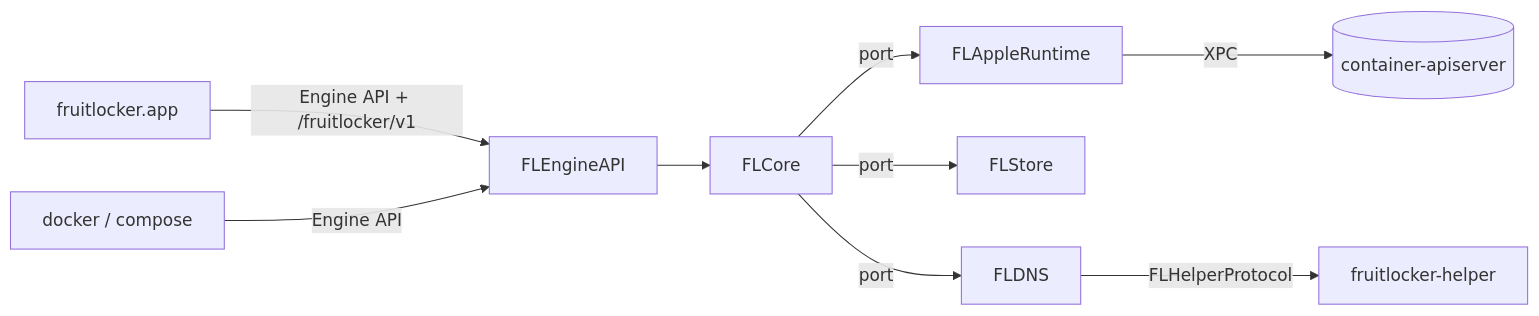
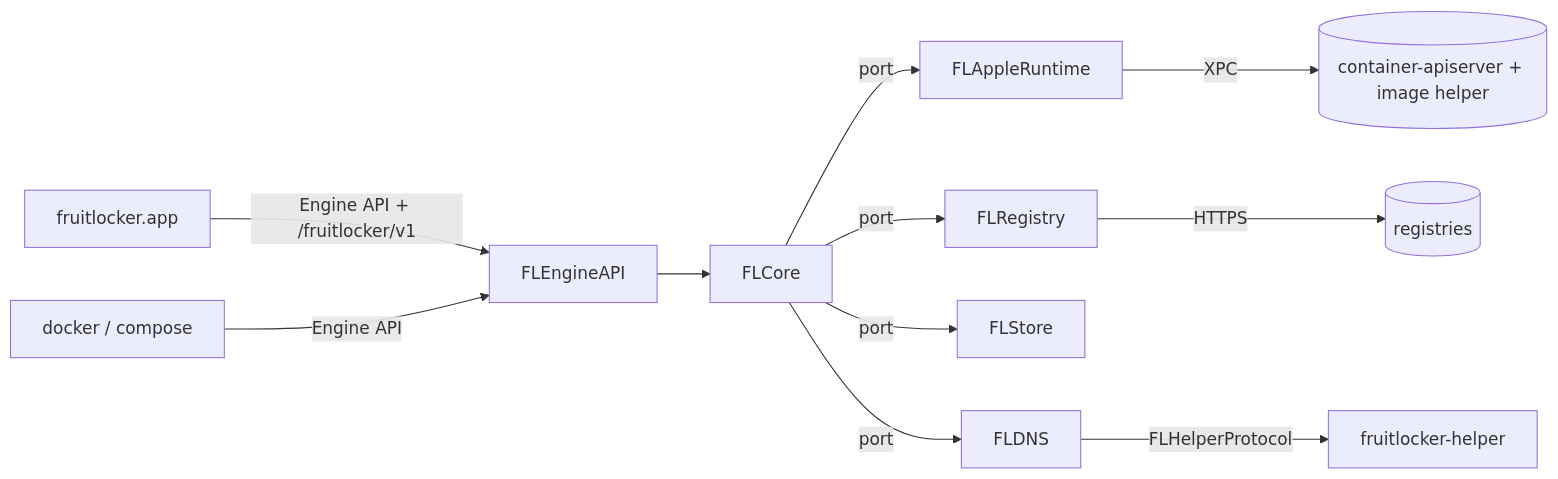
One commit to heyjawrsh/fruitlocker changed the first of 2 diagrams in _bmad-output/architecture-fruitlocker/architecture-fruitlocker.md. Above: the diagram before and after it, drawn with Mermaid. The commit also changed other lines of this file and 6 other files, not shown here.

````diff
--- a/_bmad-output/architecture-fruitlocker/architecture-fruitlocker.md
+++ b/_bmad-output/architecture-fruitlocker/architecture-fruitlocker.md
@@ -36,11 +37,13 @@
 ```mermaid
 flowchart LR
   App[fruitlocker.app] -->|Engine API + /fruitlocker/v1| API[FLEngineAPI]
   CLI[docker / compose] -->|Engine API| API
   API --> Core[FLCore]
   Core -->|port| RT[FLAppleRuntime]
+  Core -->|port| RG[FLRegistry]
   Core -->|port| ST[FLStore]
   Core -->|port| DNS[FLDNS]
   DNS -->|FLHelperProtocol| HP[fruitlocker-helper]
-  RT -->|XPC| AS[(container-apiserver)]
+  RT -->|XPC| AS[(container-apiserver + image helper)]
+  RG -->|HTTPS| REG[(registries)]
 ```
````
